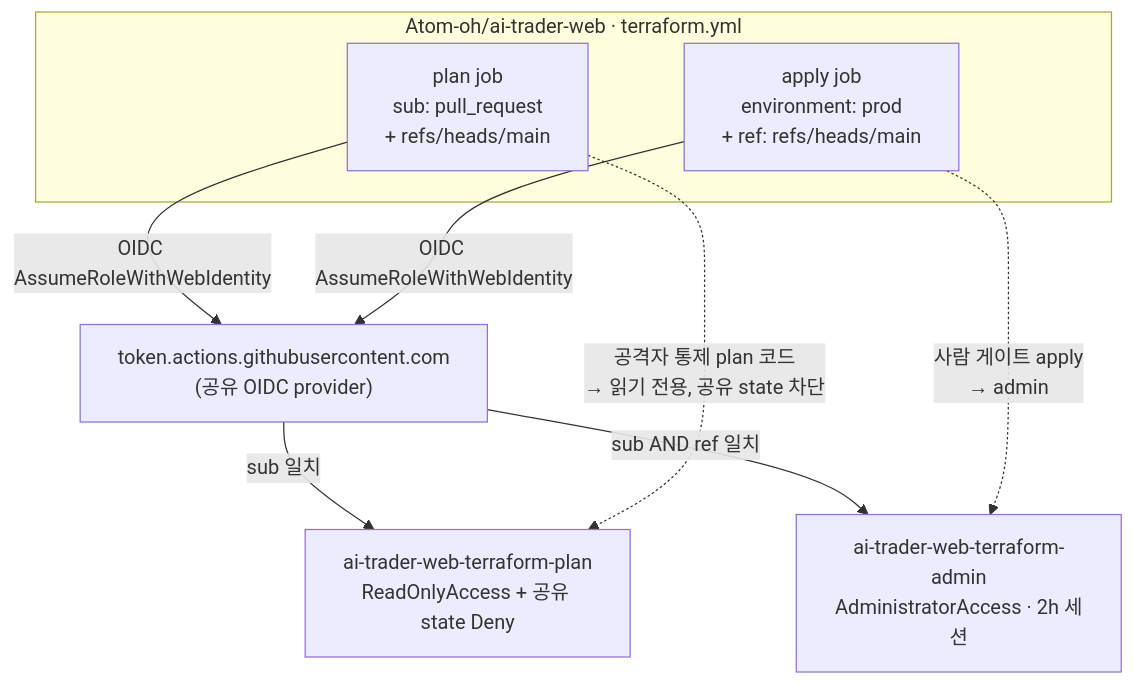
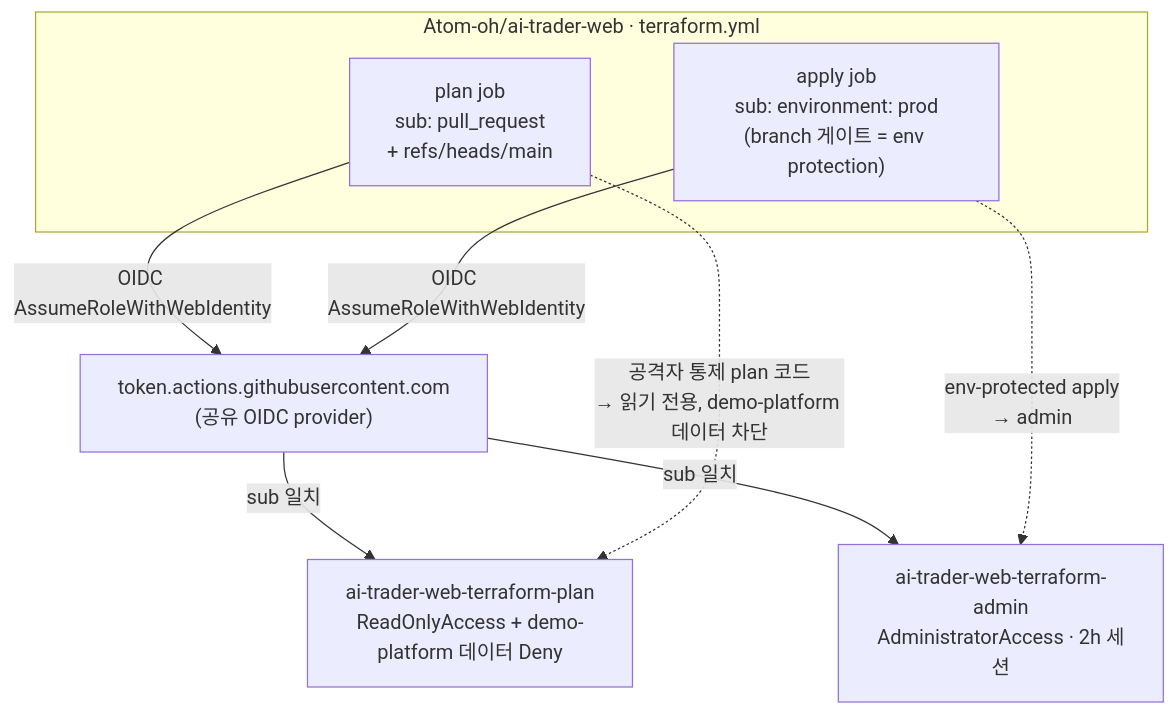
One commit to Atom-oh/AWS-Demo-Platform changed the second of 2 diagrams in docs/decisions/ADR-012-ai-trader-web-oidc-plan-apply-split.md. Above: the diagram before and after it, drawn with Mermaid. The commit also changed other lines of this file and 2 other files, not shown here.

First line of the commit message:
fix(iam): drop non-evaluable ref trust condition; extend plan-role Deny (PR #69 review)

````diff
--- a/docs/decisions/ADR-012-ai-trader-web-oidc-plan-apply-split.md
+++ b/docs/decisions/ADR-012-ai-trader-web-oidc-plan-apply-split.md
@@ -172,16 +178,16 @@
 ```mermaid
 flowchart TD
     subgraph gh["Atom-oh/ai-trader-web · terraform.yml"]
         pr["plan job<br/>sub: pull_request<br/>+ refs/heads/main"]
-        ap["apply job<br/>environment: prod<br/>+ ref: refs/heads/main"]
+        ap["apply job<br/>sub: environment: prod<br/>(branch 게이트 = env protection)"]
     end
     oidc["token.actions.githubusercontent.com<br/>(공유 OIDC provider)"]
-    plan["ai-trader-web-terraform-plan<br/>ReadOnlyAccess + 공유 state Deny"]
+    plan["ai-trader-web-terraform-plan<br/>ReadOnlyAccess + demo-platform 데이터 Deny"]
     admin["ai-trader-web-terraform-admin<br/>AdministratorAccess · 2h 세션"]
     pr -->|OIDC AssumeRoleWithWebIdentity| oidc
     ap -->|OIDC AssumeRoleWithWebIdentity| oidc
     oidc -->|sub 일치| plan
-    oidc -->|sub AND ref 일치| admin
-    pr -.->|"공격자 통제 plan 코드<br/>→ 읽기 전용, 공유 state 차단"| plan
-    ap -.->|"사람 게이트 apply<br/>→ admin"| admin
+    oidc -->|sub 일치| admin
+    pr -.->|"공격자 통제 plan 코드<br/>→ 읽기 전용, demo-platform 데이터 차단"| plan
+    ap -.->|"env-protected apply<br/>→ admin"| admin
 ```
````
